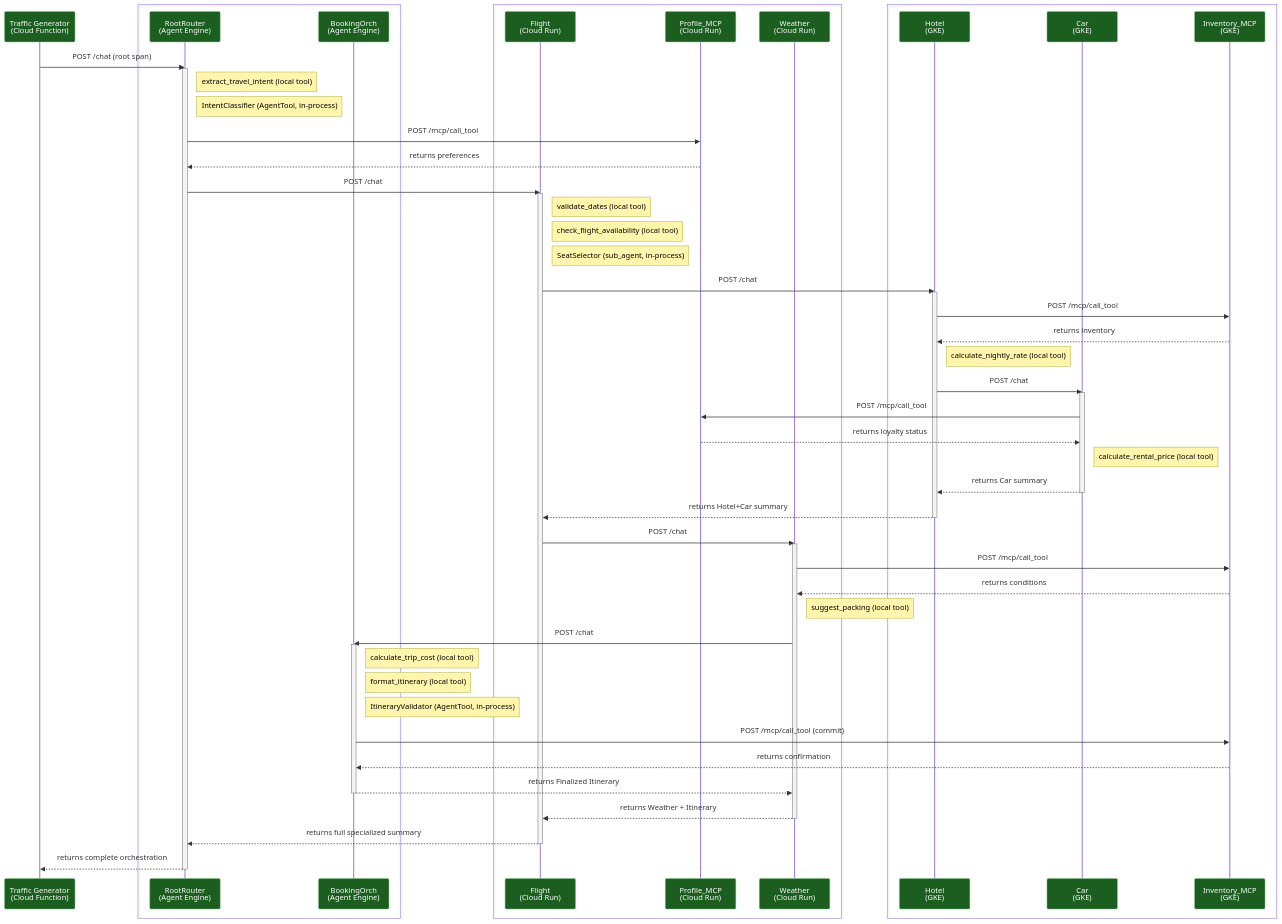
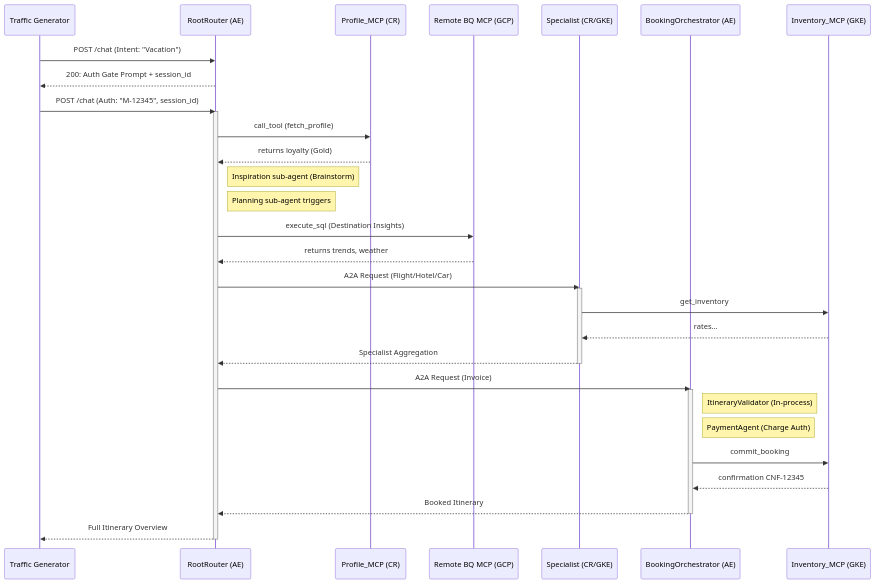
Before and after one commit to srtux/agent-testbed: the third of 3 diagrams in README.md, drawn with Mermaid. The commit also changed other lines of this file and 39 other files, not shown here.

````diff
--- a/README.md
+++ b/README.md
@@ -320,80 +343,46 @@
 ```mermaid
-%%{init: { 'themeVariables': { 'actorBkg': '#1b5e20', 'actorBorder': '#81c784', 'actorTextColor': '#ffffff' } } }%%
 sequenceDiagram
-    participant TrafficGen as Traffic Generator<br>(Cloud Function)
-    
-    box #CE93D81A Agent Engine
-    participant RootRouter as RootRouter<br>(Agent Engine)
-    participant BookingOrchestrator as BookingOrch<br>(Agent Engine)
-    end
-    
-    box #9FA8DA1A Cloud Run
-    participant FlightSpecialist as Flight<br>(Cloud Run)
-    participant ProfileMCP as Profile_MCP<br>(Cloud Run)
-    participant Weather as Weather<br>(Cloud Run)
-    end
-    
-    box #A5D6A71A Google Kubernetes Engine (GKE)
-    participant Hotel as Hotel<br>(GKE)
-    participant Car as Car<br>(GKE)
-    participant InvMCP as Inventory_MCP<br>(GKE)
-    end
+    participant TrafficGen as Traffic Generator
+    participant RootRouter as RootRouter (AE)
+    participant ProfileMCP as Profile_MCP (CR)
+    participant RemoteBQ as Remote BQ MCP (GCP)
+    participant Specialist as Specialist (CR/GKE)
+    participant Booking as BookingOrchestrator (AE)
+    participant InvMCP as Inventory_MCP (GKE)
 
+    %% Turn 1
+    TrafficGen->>RootRouter: POST /chat (Intent: "Vacation")
+    RootRouter-->>TrafficGen: 200: Auth Gate Prompt + session_id
 
-    TrafficGen->>RootRouter: POST /chat (root span)
+    %% Turn 2
+    TrafficGen->>RootRouter: POST /chat (Auth: "M-12345", session_id)
     activate RootRouter
 
-    Note right of RootRouter: extract_travel_intent (local tool)
-    Note right of RootRouter: IntentClassifier (AgentTool, in-process)
+    RootRouter->>ProfileMCP: call_tool (fetch_profile)
+    ProfileMCP-->>RootRouter: returns loyalty (Gold)
 
-    RootRouter->>ProfileMCP: POST /mcp/call_tool
-    ProfileMCP-->>RootRouter: returns preferences
+    Note right of RootRouter: Inspiration sub-agent (Brainstorm)
+    Note right of RootRouter: Planning sub-agent triggers
 
-    RootRouter->>FlightSpecialist: POST /chat
-    activate FlightSpecialist
+    RootRouter->>RemoteBQ: execute_sql (Destination Insights)
+    RemoteBQ-->>RootRouter: returns trends, weather
 
-    Note right of FlightSpecialist: validate_dates (local tool)
-    Note right of FlightSpecialist: check_flight_availability (local tool)
-    Note right of FlightSpecialist: SeatSelector (sub_agent, in-process)
+    RootRouter->>Specialist: A2A Request (Flight/Hotel/Car)
+    activate Specialist
+    Specialist->>InvMCP: get_inventory
+    InvMCP-->>Specialist: rates...
+    Specialist-->>RootRouter: Specialist Aggregation
+    deactivate Specialist
 
-    FlightSpecialist->>Hotel: POST /chat
-    activate Hotel
-    Hotel->>InvMCP: POST /mcp/call_tool
-    InvMCP-->>Hotel: returns inventory
-    Note right of Hotel: calculate_nightly_rate (local tool)
+    RootRouter->>Booking: A2A Request (Invoice)
+    activate Booking
+    Note right of Booking: ItineraryValidator (In-process)
+    Note right of Booking: PaymentAgent (Charge Auth)
+    Booking->>InvMCP: commit_booking
+    InvMCP-->>Booking: confirmation CNF-12345
+    Booking-->>RootRouter: Booked Itinerary
+    deactivate Booking
 
-    Hotel->>Car: POST /chat
-    activate Car
-    Car->>ProfileMCP: POST /mcp/call_tool
-    ProfileMCP-->>Car: returns loyalty status
-    Note right of Car: calculate_rental_price (local tool)
-    Car-->>Hotel: returns Car summary
-    deactivate Car
-    Hotel-->>FlightSpecialist: returns Hotel+Car summary
-    deactivate Hotel
-
-    FlightSpecialist->>Weather: POST /chat
-    activate Weather
-    Weather->>InvMCP: POST /mcp/call_tool
-    InvMCP-->>Weather: returns conditions
-    Note right of Weather: suggest_packing (local tool)
-
-    Weather->>BookingOrchestrator: POST /chat
-    activate BookingOrchestrator
-    Note right of BookingOrchestrator: calculate_trip_cost (local tool)
-    Note right of BookingOrchestrator: format_itinerary (local tool)
-    Note right of BookingOrchestrator: ItineraryValidator (AgentTool, in-process)
-    BookingOrchestrator->>InvMCP: POST /mcp/call_tool (commit)
-    InvMCP-->>BookingOrchestrator: returns confirmation
-    BookingOrchestrator-->>Weather: returns Finalized Itinerary
-    deactivate BookingOrchestrator
-
-    Weather-->>FlightSpecialist: returns Weather + Itinerary
-    deactivate Weather
-
-    FlightSpecialist-->>RootRouter: returns full specialized summary
-    deactivate FlightSpecialist
-
-    RootRouter-->>TrafficGen: returns complete orchestration
+    RootRouter-->>TrafficGen: Full Itinerary Overview
     deactivate RootRouter
 ```
````
